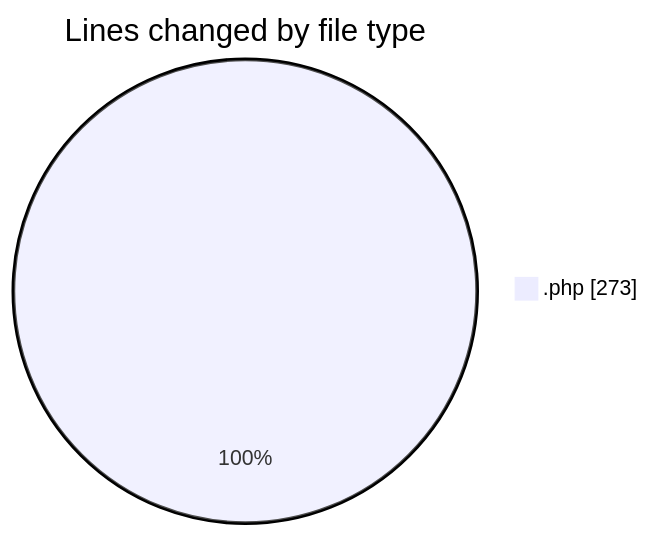
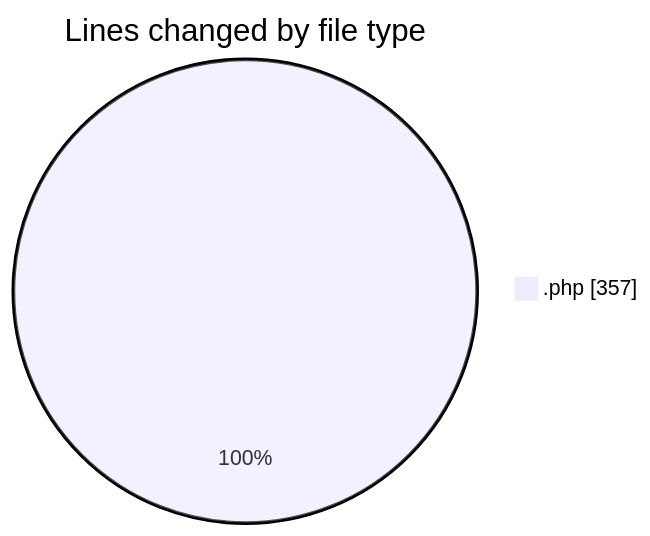
One commit to idhammustaqopulfikri/code-tracking changed the first of 2 diagrams in 2025-06-20/studio-backend/README.md. Above: the diagram before and after it, drawn with Mermaid. The commit also changed other lines of this file and 1 other file, not shown here.

````diff
--- a/2025-06-20/studio-backend/README.md
+++ b/2025-06-20/studio-backend/README.md
@@ -20,5 +20,5 @@
 ```mermaid
 pie showData
 title Lines changed by file type
-".php" : 273
+".php" : 357
 ```
````
